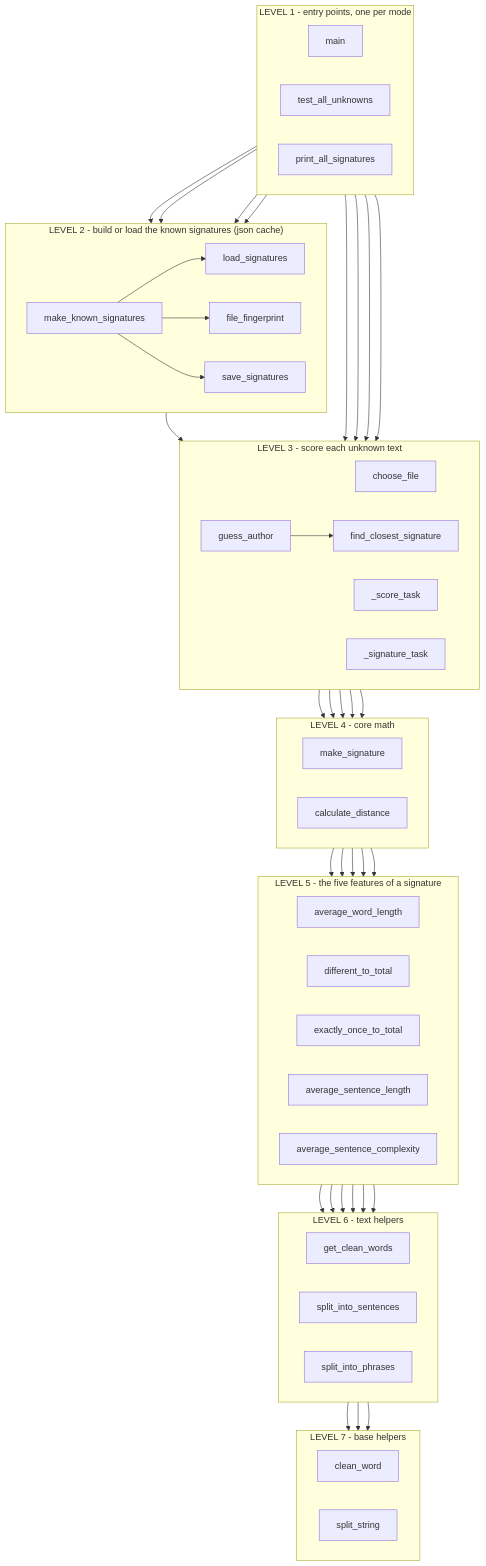
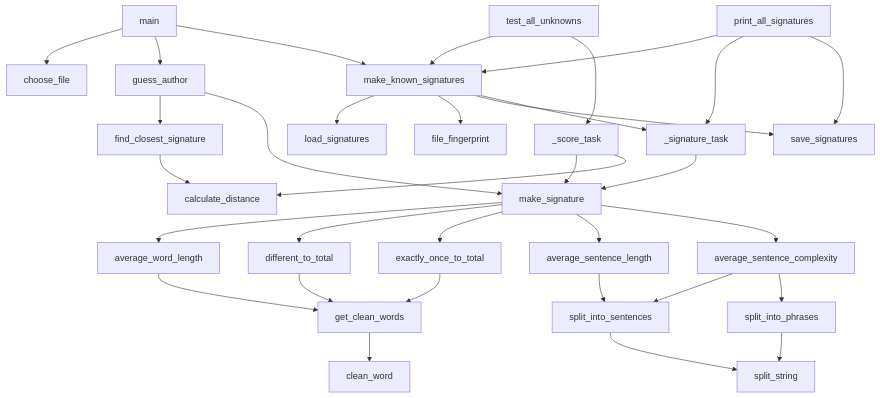
The diagram in function-flow.md (AidanColvin/style-distance), drawn with Mermaid before and after one commit.

Commit message:
Refactor function flow diagram to improve organization and clarity of the authorship identification process

````diff
--- a/function-flow.md
+++ b/function-flow.md
@@ -2,107 +2,76 @@
 ```mermaid
 flowchart TD
-    %% ---------- LEVEL 1: the three modes ----------
-    subgraph L1 ["LEVEL 1 - entry points, one per mode"]
-        direction LR
-        main
-        test_all_unknowns
-        print_all_signatures
-    end
+    %% Functions
+    main
+    test_all_unknowns
+    print_all_signatures
 
-    %% ---------- LEVEL 2: known signatures + json cache ----------
-    subgraph L2 ["LEVEL 2 - build or load the known signatures (json cache)"]
-        direction LR
-        make_known_signatures
-        load_signatures
-        file_fingerprint
-        save_signatures
-    end
+    choose_file
+    guess_author
+    make_known_signatures
+    _score_task
+    _signature_task
 
-    %% ---------- LEVEL 3: score the unknown texts ----------
-    subgraph L3 ["LEVEL 3 - score each unknown text"]
-        direction LR
-        choose_file
-        guess_author
-        _score_task
-        _signature_task
-        find_closest_signature
-    end
+    load_signatures
+    file_fingerprint
+    save_signatures
+    find_closest_signature
 
-    %% ---------- LEVEL 4: the core math ----------
-    subgraph L4 ["LEVEL 4 - core math"]
-        direction LR
-        make_signature
-        calculate_distance
-    end
+    make_signature
+    calculate_distance
 
-    %% ---------- LEVEL 5: the five signature features ----------
-    subgraph L5 ["LEVEL 5 - the five features of a signature"]
-        direction LR
-        average_word_length
-        different_to_total
-        exactly_once_to_total
-        average_sentence_length
-        average_sentence_complexity
-    end
+    average_word_length
+    different_to_total
+    exactly_once_to_total
+    average_sentence_length
+    average_sentence_complexity
 
-    %% ---------- LEVEL 6: text splitting helpers ----------
-    subgraph L6 ["LEVEL 6 - text helpers"]
-        direction LR
-        get_clean_words
-        split_into_sentences
-        split_into_phrases
-    end
-
-    %% ---------- LEVEL 7: base helpers ----------
-    subgraph L7 ["LEVEL 7 - base helpers"]
-        direction LR
-        clean_word
-        split_string
-    end
-
-    %% ---------- calls: level 1 down ----------
-    main --> make_known_signatures
+    get_clean_words
+    split_into_sentences
+    split_into_phrases
+    clean_word
+    split_string
+    %% Calls
     main --> choose_file
     main --> guess_author
+    main --> make_known_signatures
 
     test_all_unknowns --> make_known_signatures
     test_all_unknowns --> _score_task
 
     print_all_signatures --> make_known_signatures
     print_all_signatures --> _signature_task
-    print_all_signatures --> save_signatures
 
-    %% ---------- calls: level 2 down ----------
+    guess_author --> find_closest_signature
+    guess_author --> make_signature
+
     make_known_signatures --> load_signatures
     make_known_signatures --> file_fingerprint
     make_known_signatures --> save_signatures
     make_known_signatures --> _signature_task
 
-    %% ---------- calls: level 3 down ----------
-    guess_author --> make_signature
-    guess_author --> find_closest_signature
+    print_all_signatures --> save_signatures
+
     _score_task --> make_signature
     _score_task --> calculate_distance
     _signature_task --> make_signature
     find_closest_signature --> calculate_distance
 
-    %% ---------- calls: level 4 down ----------
     make_signature --> average_word_length
     make_signature --> different_to_total
     make_signature --> exactly_once_to_total
     make_signature --> average_sentence_length
     make_signature --> average_sentence_complexity
 
-    %% ---------- calls: level 5 down ----------
     average_word_length --> get_clean_words
     different_to_total --> get_clean_words
     exactly_once_to_total --> get_clean_words
+    get_clean_words --> clean_word
+
     average_sentence_length --> split_into_sentences
     average_sentence_complexity --> split_into_sentences
     average_sentence_complexity --> split_into_phrases
 
-    %% ---------- calls: level 6 down ----------
-    get_clean_words --> clean_word
     split_into_sentences --> split_string
     split_into_phrases --> split_string
 ```
````
